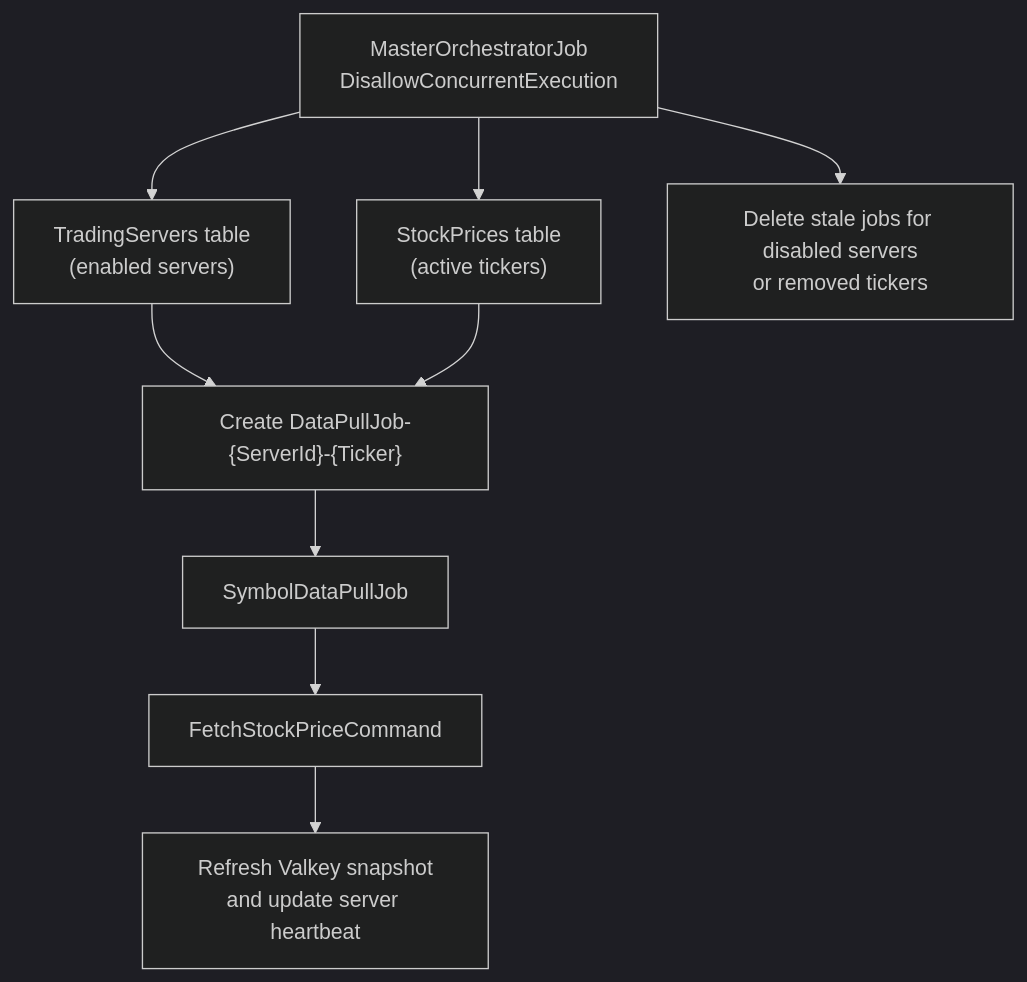
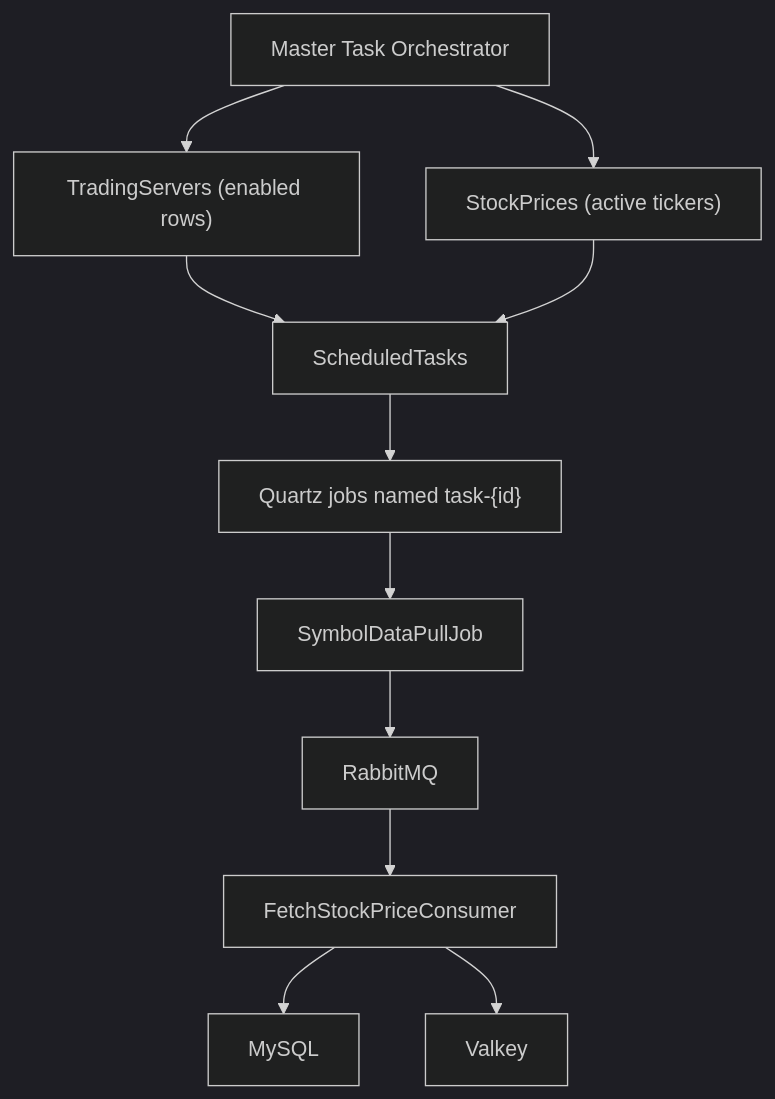
The fourth of 5 diagrams in README.md (jayoscarwong/TradingSystemDemo), drawn with Mermaid (dark theme) before and after one commit. The commit also changed other lines of this file and 67 other files, not shown here.

````diff
--- a/README.md
+++ b/README.md
@@ -136,20 +165,24 @@
 ```mermaid
 flowchart TD
-    Master["MasterOrchestratorJob\nDisallowConcurrentExecution"]
-    Servers["TradingServers table\n(enabled servers)"]
-    Prices["StockPrices table\n(active tickers)"]
-    Create["Create DataPullJob-{ServerId}-{Ticker}"]
-    Delete["Delete stale jobs for disabled servers\nor removed tickers"]
+    Master["Master Task Orchestrator"]
+    Servers["TradingServers (enabled rows)"]
+    Prices["StockPrices (active tickers)"]
+    Tasks["ScheduledTasks"]
+    Quartz["Quartz jobs named task-{id}"]
     Child["SymbolDataPullJob"]
-    Fetch["FetchStockPriceCommand"]
-    Cache["Refresh Valkey snapshot\nand update server heartbeat"]
+    Rabbit["RabbitMQ"]
+    PriceConsumer["FetchStockPriceConsumer"]
+    Cache["Valkey"]
+    Mysql["MySQL"]
 
     Master --> Servers
     Master --> Prices
-    Servers --> Create
-    Prices --> Create
-    Master --> Delete
-    Create --> Child
-    Child --> Fetch
-    Fetch --> Cache
+    Servers --> Tasks
+    Prices --> Tasks
+    Tasks --> Quartz
+    Quartz --> Child
+    Child --> Rabbit
+    Rabbit --> PriceConsumer
+    PriceConsumer --> Mysql
+    PriceConsumer --> Cache
 ```
````
